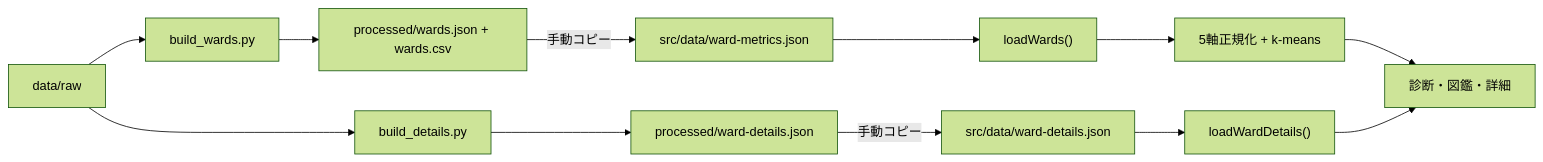
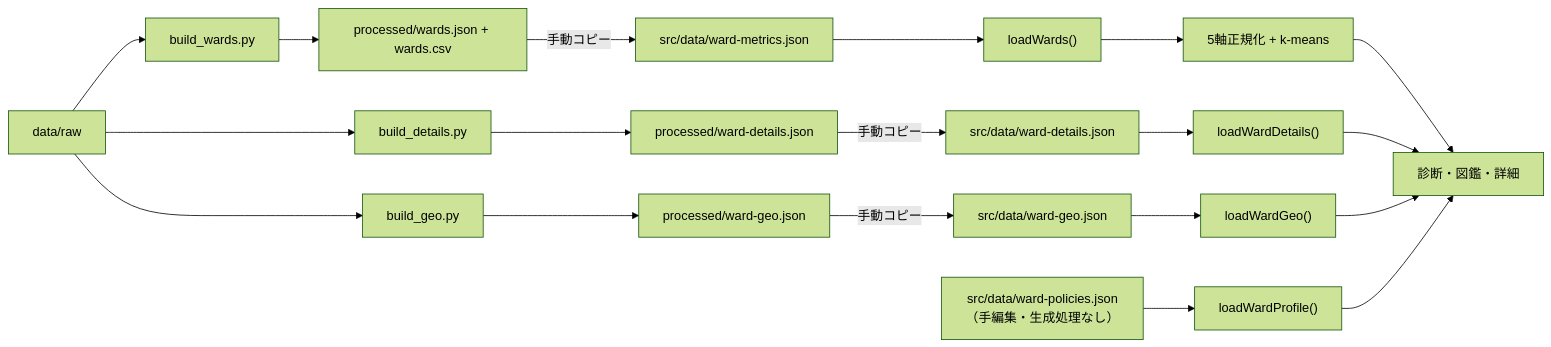
One commit to FukaseDaichi/TokyoOpenDataHackathon changed the diagram in docs/system-design/04-data-design.md. Above: the diagram before and after it, drawn with Mermaid (forest theme). The commit also changed other lines of this file and 5 other files, not shown here.

````diff
--- a/docs/system-design/04-data-design.md
+++ b/docs/system-design/04-data-design.md
@@ -50,14 +78,22 @@
 ```mermaid
 flowchart LR
   Raw["data/raw"] --> WardsPy["build_wards.py"]
   Raw --> DetailsPy["build_details.py"]
+  Raw --> GeoPy["build_geo.py"]
   WardsPy --> WardsProcessed["processed/wards.json + wards.csv"]
   DetailsPy --> DetailsProcessed["processed/ward-details.json"]
+  GeoPy --> GeoProcessed["processed/ward-geo.json"]
   WardsProcessed -->|手動コピー| WardsBundle["src/data/ward-metrics.json"]
   DetailsProcessed -->|手動コピー| DetailsBundle["src/data/ward-details.json"]
+  GeoProcessed -->|手動コピー| GeoBundle["src/data/ward-geo.json"]
+  PoliciesJson["src/data/ward-policies.json\n（手編集・生成処理なし）"]
   WardsBundle --> Loader["loadWards()"]
   DetailsBundle --> DetailLoader["loadWardDetails()"]
+  GeoBundle --> GeoLoader["loadWardGeo()"]
+  PoliciesJson --> ProfileLoader["loadWardProfile()"]
   Loader --> Normalize["5軸正規化 + k-means"]
   Normalize --> UI["診断・図鑑・詳細"]
   DetailLoader --> UI
+  GeoLoader --> UI
+  ProfileLoader --> UI
 ```
````
